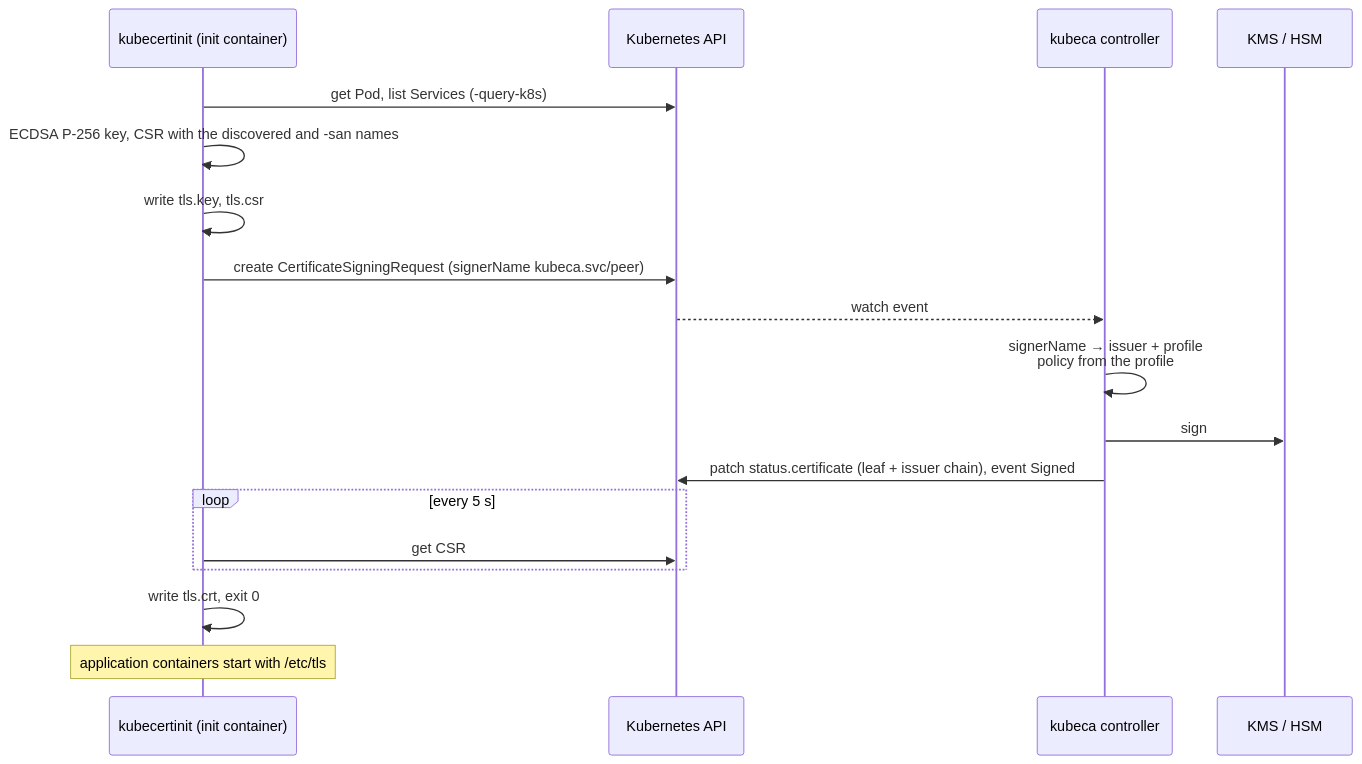
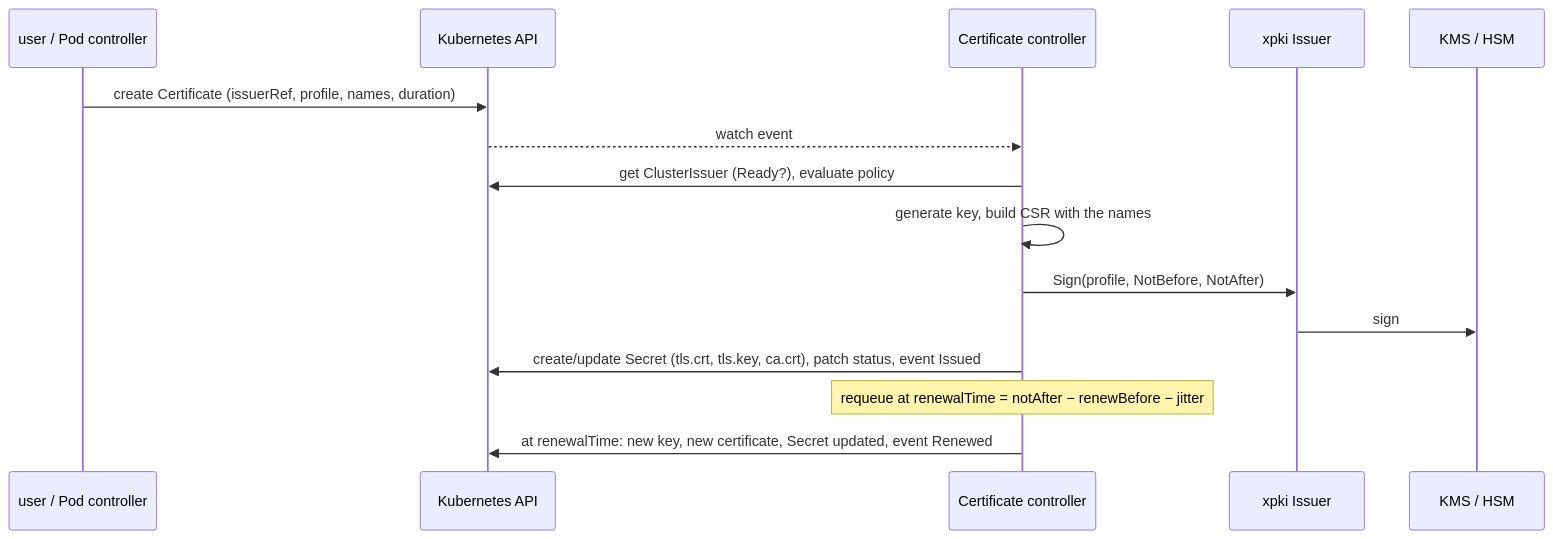
One commit to effective-security/kubeca changed the diagram in README.md. Above: the diagram before and after it, drawn with Mermaid. The commit also changed other lines of this file and 123 other files, not shown here.

````diff
--- a/README.md
+++ b/README.md
@@ -34,20 +48,17 @@
 ```mermaid
 sequenceDiagram
-    participant Init as kubecertinit (init container)
+    participant U as user / Pod controller
     participant API as Kubernetes API
-    participant CA as kubeca controller
+    participant CC as Certificate controller
+    participant X as xpki Issuer
     participant KMS as KMS / HSM
-    Init->>API: get Pod, list Services (-query-k8s)
-    Init->>Init: ECDSA P-256 key, CSR with the discovered and -san names
-    Init->>Init: write tls.key, tls.csr
-    Init->>API: create CertificateSigningRequest (signerName kubeca.svc/peer)
-    API-->>CA: watch event
-    CA->>CA: signerName → issuer + profile<br/>policy from the profile
-    CA->>KMS: sign
-    CA->>API: patch status.certificate (leaf + issuer chain), event Signed
-    loop every 5 s
-        Init->>API: get CSR
-    end
-    Init->>Init: write tls.crt, exit 0
-    Note over Init: application containers start with /etc/tls
+    U->>API: create Certificate (issuerRef, profile, names, duration)
+    API-->>CC: watch event
+    CC->>API: get ClusterIssuer (Ready?), evaluate policy
+    CC->>CC: generate key, build CSR with the names
+    CC->>X: Sign(profile, NotBefore, NotAfter)
+    X->>KMS: sign
+    CC->>API: create/update Secret (tls.crt, tls.key, ca.crt), patch status, event Issued
+    Note over CC: requeue at renewalTime = notAfter − renewBefore − jitter
+    CC->>API: at renewalTime: new key, new certificate, Secret updated, event Renewed
 ```
````
